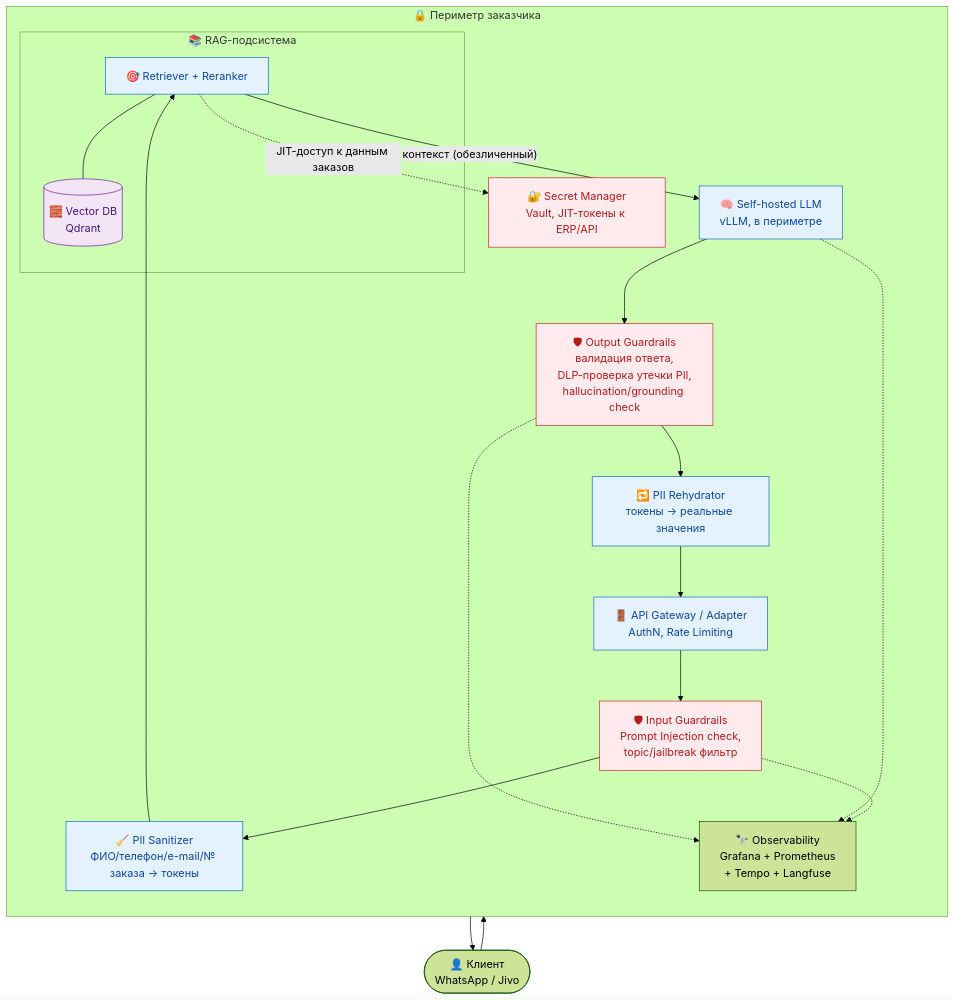
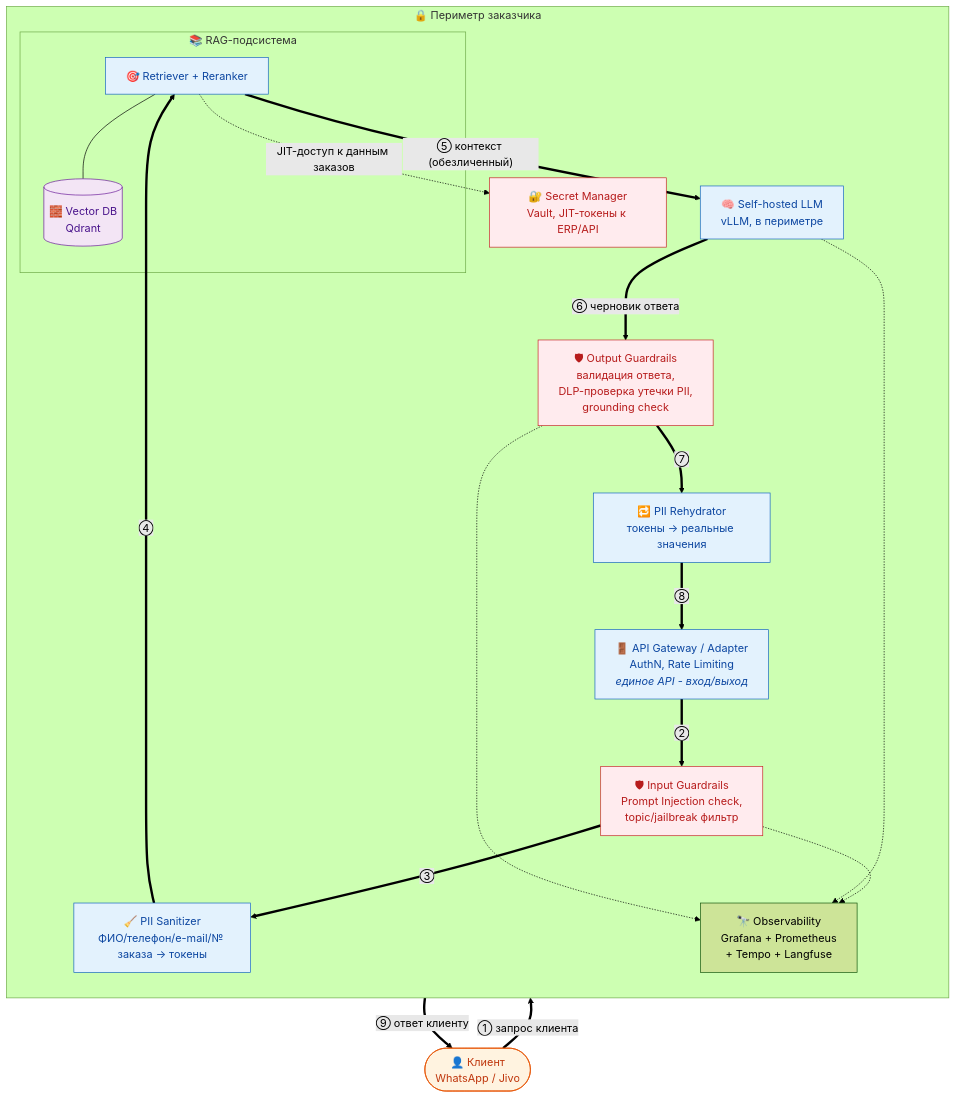
Before and after one commit to divisee/otus-ai-architect: the diagram in hw-6/README.md, drawn with Mermaid (forest theme). The commit also changed other lines of this file, not shown here.

````diff
--- a/hw-6/README.md
+++ b/hw-6/README.md
@@ -45,35 +45,45 @@
 ```mermaid
 flowchart TB
     U([👤 Клиент<br/>WhatsApp / Jivo])
+
     subgraph PERIM["🔒 Периметр заказчика"]
         direction TB
-        GW["🚪 API Gateway / Adapter<br/>AuthN, Rate Limiting"]
+        GW["🚪 API Gateway / Adapter<br/>AuthN, Rate Limiting<br/><i>единое API - вход/выход</i>"]
         IG["🛡 Input Guardrails<br/>Prompt Injection check,<br/>topic/jailbreak фильтр"]
         SAN["🧹 PII Sanitizer<br/>ФИО/телефон/e-mail/№ заказа → токены"]
         subgraph RAG["📚 RAG-подсистема"]
             RET["🎯 Retriever + Reranker"]
             VDB[("🧱 Vector DB<br/>Qdrant")]
             RET --- VDB
         end
         LLM["🧠 Self-hosted LLM<br/>vLLM, в периметре"]
-        OG["🛡 Output Guardrails<br/>валидация ответа,<br/>DLP-проверка утечки PII,<br/>hallucination/grounding check"]
+        OG["🛡 Output Guardrails<br/>валидация ответа,<br/>DLP-проверка утечки PII,<br/>grounding check"]
         REH["🔁 PII Rehydrator<br/>токены → реальные значения"]
         SM["🔐 Secret Manager<br/>Vault, JIT-токены к ERP/API"]
         OBS["🔭 Observability<br/>Grafana + Prometheus<br/>+ Tempo + Langfuse"]
     end
 
-    U --> GW --> IG --> SAN --> RET
-    RET -->|"контекст (обезличенный)"| LLM
-    LLM --> OG --> REH --> GW --> U
+    U ==>|"① запрос клиента"| GW
+    GW ==>|"②"| IG
+    IG ==>|"③"| SAN
+    SAN ==>|"④"| RET
+    RET ==>|"⑤ контекст (обезличенный)"| LLM
+    LLM ==>|"⑥ черновик ответа"| OG
+    OG ==>|"⑦"| REH
+    REH ==>|"⑧"| GW
+    GW ==>|"⑨ ответ клиенту"| U
+
     RET -.->|"JIT-доступ к данным заказов"| SM
     IG -.-> OBS
     LLM -.-> OBS
     OG -.-> OBS
 
     classDef new fill:#ffebee,stroke:#c62828,color:#b71c1c;
     classDef base fill:#e3f2fd,stroke:#1565c0,color:#0d47a1;
     classDef data fill:#f3e5f5,stroke:#6a1b9a,color:#4a148c;
+    classDef user fill:#fff3e0,stroke:#e65100,color:#bf360c;
     class IG,OG,SM new;
     class GW,SAN,REH,LLM,RET base;
     class VDB data;
+    class U user;
 ```
````
